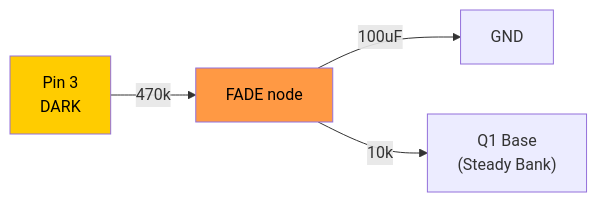
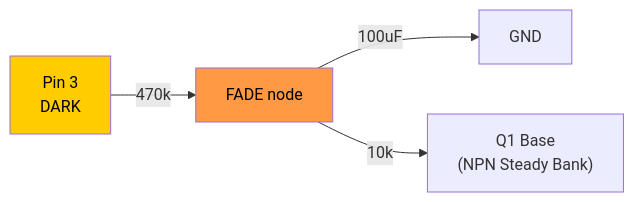
Before and after one commit to dirq/DiamondMineShimmerCircuit: the fourth of 6 diagrams in Corrected/schematic.md, drawn with Mermaid. The commit also changed other lines of this file and 22 other files, not shown here.

````diff
--- a/Corrected/schematic.md
+++ b/Corrected/schematic.md
@@ -112,9 +111,9 @@
 ```mermaid
 graph LR
     DARK["Pin 3<br/>DARK"] -->|"470k"| FADE["FADE node"]
     FADE -->|"100uF"| GND["GND"]
-    FADE -->|"10k"| Q1B["Q1 Base<br/>(Steady Bank)"]
+    FADE -->|"10k"| Q1B["Q1 Base<br/>(NPN Steady Bank)"]
 
     style DARK fill:#ffcc00,color:#000
     style FADE fill:#ff9944,color:#000
 ```
````
